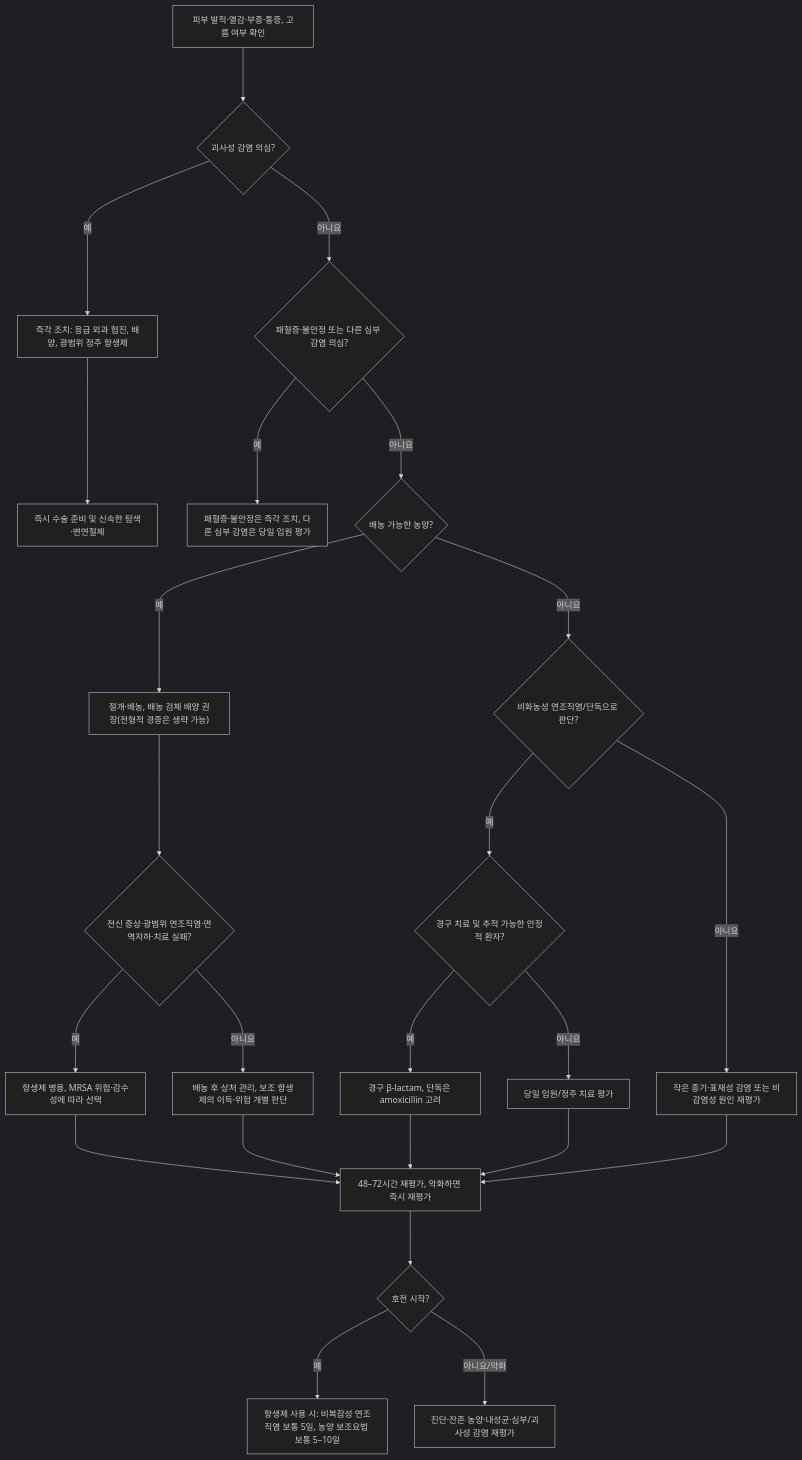
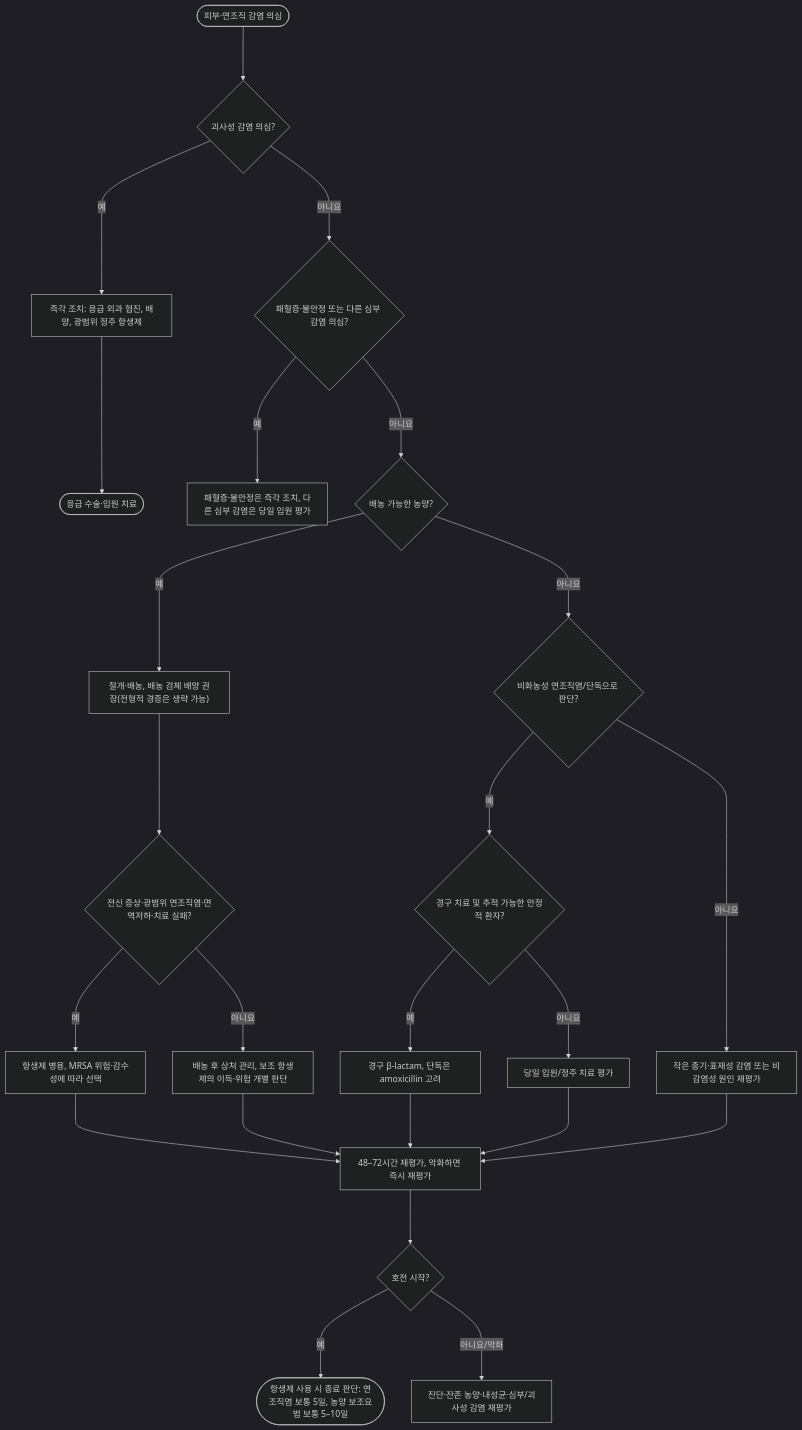
The diagram in 229_/165_-skin-soft-tissue-infection.md (familyoh77/familyoh77), drawn with Mermaid (dark theme) before and after one commit. The commit also changed other lines of this file and 20 other files, not shown here.

````diff
--- a/229_/165_-skin-soft-tissue-infection.md
+++ b/229_/165_-skin-soft-tissue-infection.md
@@ -184,26 +183,26 @@
 ```mermaid
 flowchart TD
-    A["피부 발적·열감·부종·통증, 고름 여부 확인"] ---> B{"괴사성 감염 의심?"}
+    A(["피부·연조직 감염 의심"]) ---> B{"괴사성 감염 의심?"}
     B -- "예" ---> C["즉각 조치: 응급 외과 협진, 배양, 광범위 정주 항생제"]
-    C ---> D["즉시 수술 준비 및 신속한 탐색·변연절제"]
+    C ---> D(["응급 수술·입원 치료"])
     B -- "아니요" ---> E{"패혈증·불안정 또는 다른 심부 감염 의심?"}
     E -- "예" ---> F["패혈증·불안정은 즉각 조치, 다른 심부 감염은 당일 입원 평가"]
     E -- "아니요" ---> G{"배농 가능한 농양?"}
     G -- "예" ---> H["절개·배농, 배농 검체 배양 권장(전형적 경증은 생략 가능)"]
     H ---> I{"전신 증상·광범위 연조직염·면역저하·치료 실패?"}
     I -- "예" ---> J["항생제 병용, MRSA 위험·감수성에 따라 선택"]
     I -- "아니요" ---> K["배농 후 상처 관리, 보조 항생제의 이득·위험 개별 판단"]
     G -- "아니요" ---> L{"비화농성 연조직염/단독으로 판단?"}
     L -- "아니요" ---> M["작은 종기·표재성 감염 또는 비감염성 원인 재평가"]
     L -- "예" ---> N{"경구 치료 및 추적 가능한 안정적 환자?"}
     N -- "예" ---> O["경구 β-lactam, 단독은 amoxicillin 고려"]
     N -- "아니요" ---> P["당일 입원/정주 치료 평가"]
     J ---> Q["48–72시간 재평가, 악화하면 즉시 재평가"]
     K ---> Q
     O ---> Q
     P ---> Q
     M ---> Q
     Q ---> R{"호전 시작?"}
-    R -- "예" ---> S["항생제 사용 시: 비복잡성 연조직염 보통 5일, 농양 보조요법 보통 5–10일"]
+    R -- "예" ---> S(["항생제 사용 시 종료 판단: 연조직염 보통 5일, 농양 보조요법 보통 5–10일"])
     R -- "아니요/악화" ---> T["진단·잔존 농양·내성균·심부/괴사성 감염 재평가"]
 ```
````
